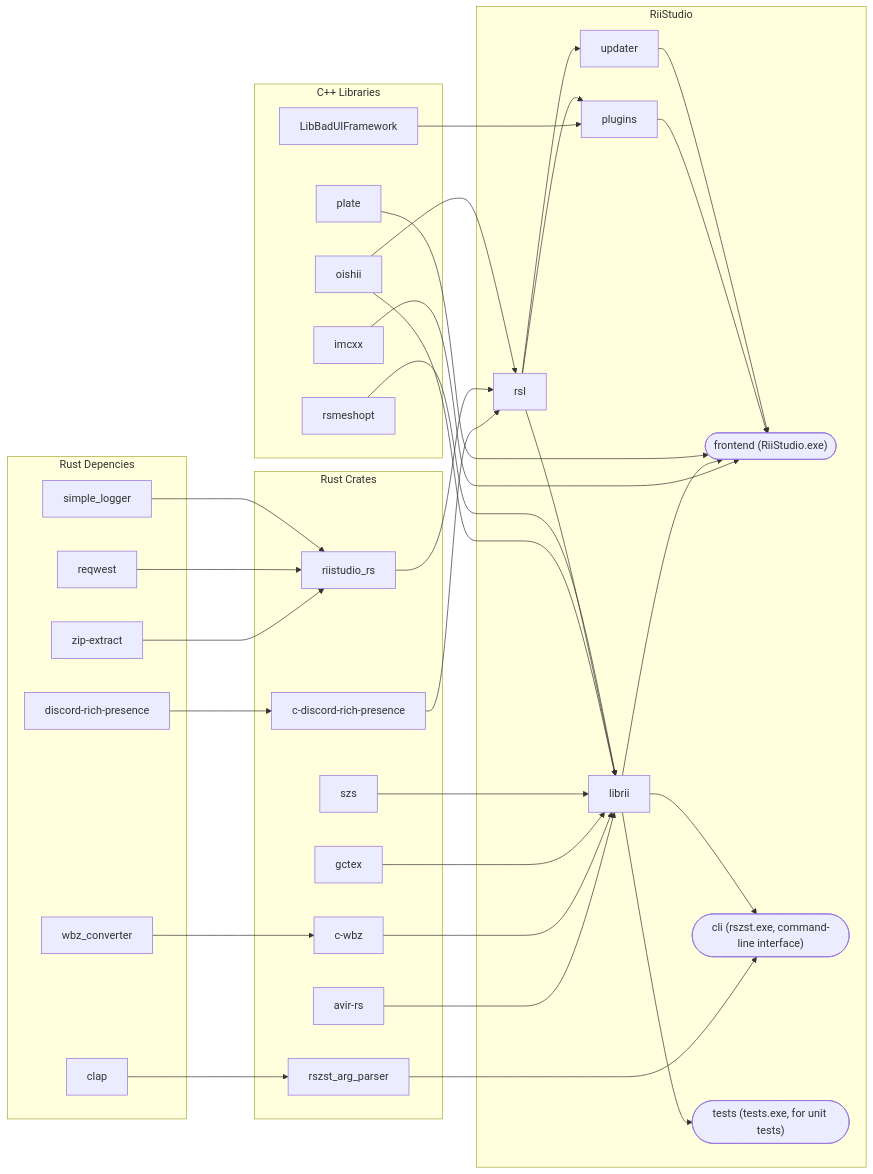
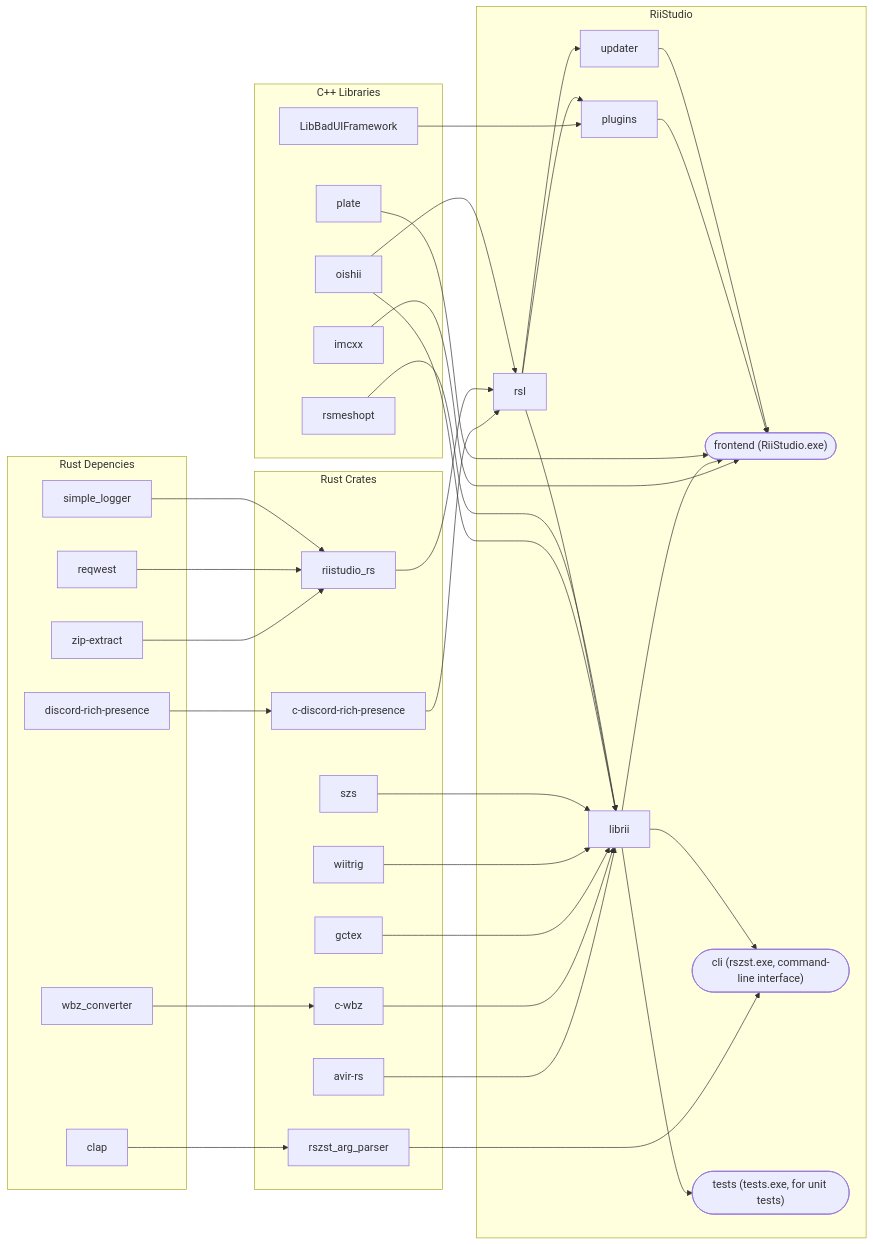
Before and after one commit to riidefi/RiiStudio: the first of 2 diagrams in source/README.md, drawn with Mermaid. The commit also changed other lines of this file and 2 other files, not shown here.

```diff
--- a/source/README.md
+++ b/source/README.md
@@ -52,6 +53,7 @@
 	c-discord-rich-presence
 	c-wbz
 	gctex
+	wiitrig
 	szs
     rszst_arg_parser
     riistudio_rs
@@ -93,6 +95,7 @@
 c-discord-rich-presence --> rsl
 c-wbz --> librii
 gctex --> librii
+wiitrig --> librii
 %%llvm --> cli & frontend & tests
 riistudio_rs -->  rsl
 szs --> librii
```
